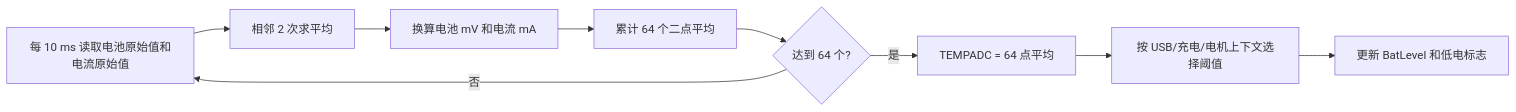
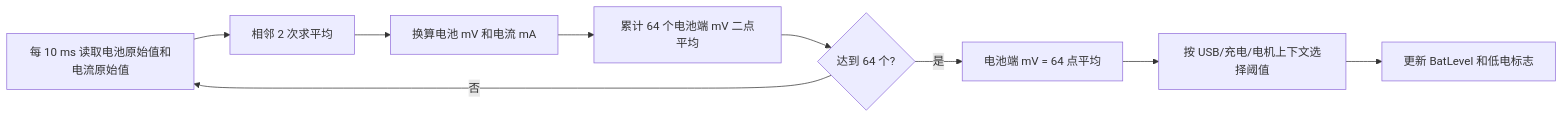
Before and after one commit to renletao/xn: the second of 6 diagrams in docs/01-电池与充电控制逻辑.md, drawn with Mermaid. The commit also changed other lines of this file and 10 other files, not shown here.

````diff
--- a/docs/01-电池与充电控制逻辑.md
+++ b/docs/01-电池与充电控制逻辑.md
@@ -42,11 +42,11 @@
 ```mermaid
 flowchart LR
     R1[每 10 ms 读取电池原始值和电流原始值] --> R2[相邻 2 次求平均]
     R2 --> R3[换算电池 mV 和电流 mA]
-    R3 --> R4[累计 64 个二点平均]
+    R3 --> R4[累计 64 个电池端 mV 二点平均]
     R4 --> R5{达到 64 个?}
     R5 -- 否 --> R1
-    R5 -- 是 --> R6[TEMPADC = 64 点平均]
+    R5 -- 是 --> R6[电池端 mV = 64 点平均]
     R6 --> R7[按 USB/充电/电机上下文选择阈值]
     R7 --> R8[更新 BatLevel 和低电标志]
 ```
````
